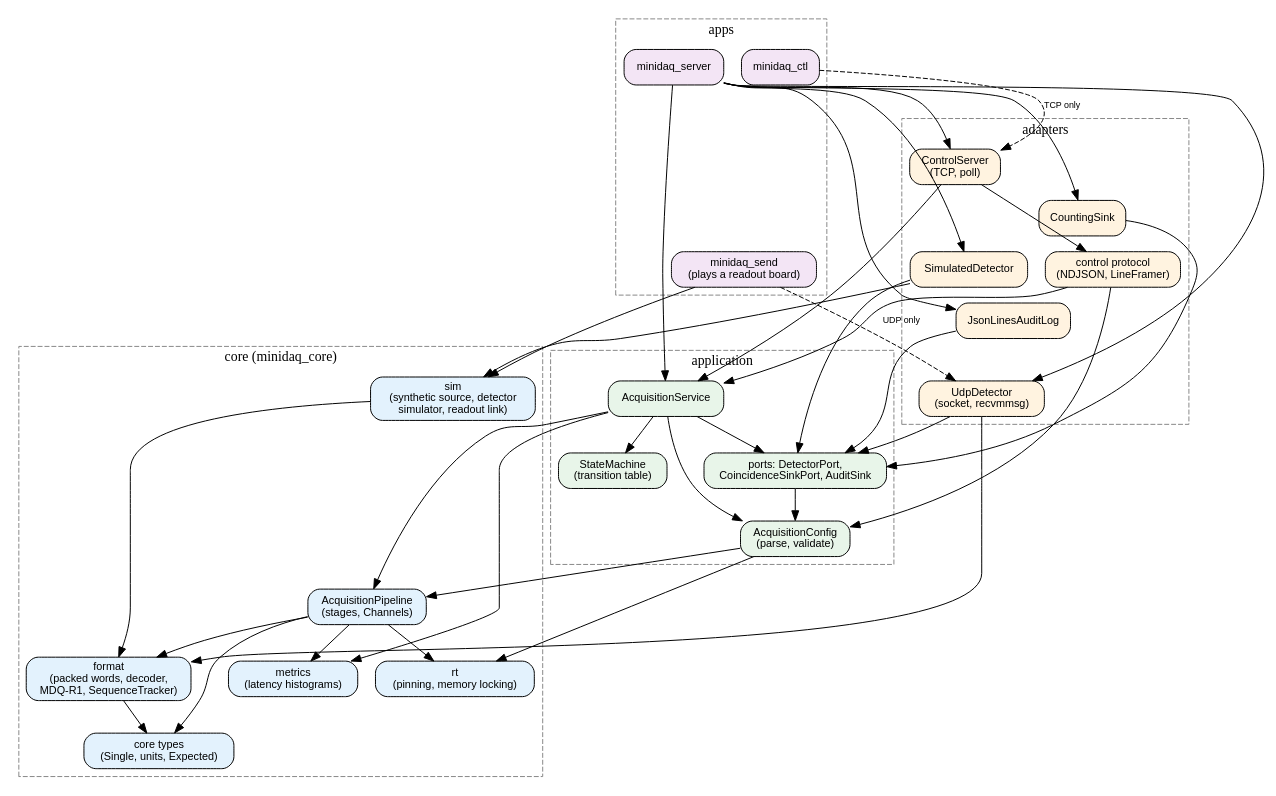
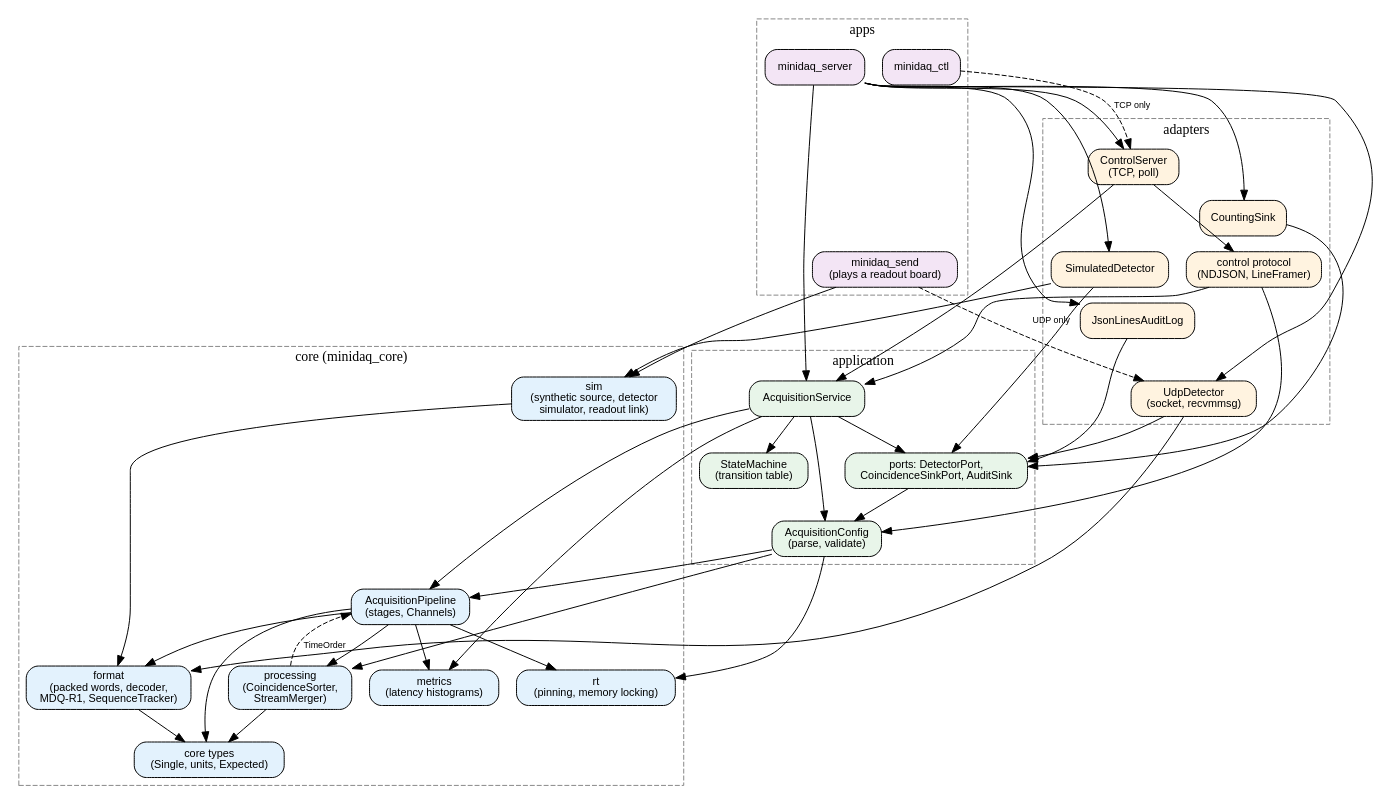
The diagram in docs/architecture/components.dot (OussamaSegh/detector-to-diagnosis), drawn with Graphviz before and after one commit. The commit also changed 10 other files, not shown here.

First line of the commit message:
Chapter 10 text, solutions, ADR 0010 and architecture update

```diff
--- a/docs/architecture/components.dot
+++ b/docs/architecture/components.dot
@@ -1,79 +1,84 @@
-// MiniDAQ components and their dependencies (Chapter 6, updated in Chapter 9). An edge A -> B means
+// MiniDAQ components and their dependencies (Chapter 6, updated in Chapters 9 and 10). An edge A -> B means
 // "A uses B" (A includes B's header). Each node's class is its layer from
 // layers.json; the arrows must only point to layers a node may depend on.
 digraph components {
   rankdir=TB;
   ranksep=0.45; nodesep=0.25;
   newrank=true;
   node [shape=box, style="rounded,filled", fontname="Helvetica", fontsize=11];
   edge [fontname="Helvetica", fontsize=9];
 
   subgraph cluster_apps {
     label="apps"; style=dashed; color="#888888";
     minidaq_server [class="app", fillcolor="#f3e5f5", label="minidaq_server"];
     minidaq_ctl [class="app", fillcolor="#f3e5f5", label="minidaq_ctl"];
     minidaq_send [class="app", fillcolor="#f3e5f5", label="minidaq_send\n(plays a readout board)"];
   }
   subgraph cluster_adapters {
     label="adapters"; style=dashed; color="#888888";
     control_server [class="adapters", fillcolor="#fff3e0", label="ControlServer\n(TCP, poll)"];
     control_protocol [class="adapters", fillcolor="#fff3e0", label="control protocol\n(NDJSON, LineFramer)"];
     simulated_detector [class="adapters", fillcolor="#fff3e0", label="SimulatedDetector"];
     udp_detector [class="adapters", fillcolor="#fff3e0", label="UdpDetector\n(socket, recvmmsg)"];
     counting_sink [class="adapters", fillcolor="#fff3e0", label="CountingSink"];
     audit_log [class="adapters", fillcolor="#fff3e0", label="JsonLinesAuditLog"];
   }
   subgraph cluster_application {
     label="application"; style=dashed; color="#888888";
     acquisition_service [class="application", fillcolor="#e8f5e9", label="AcquisitionService"];
     state_machine [class="application", fillcolor="#e8f5e9", label="StateMachine\n(transition table)"];
     config [class="application", fillcolor="#e8f5e9", label="AcquisitionConfig\n(parse, validate)"];
     ports [class="application", fillcolor="#e8f5e9", label="ports: DetectorPort,\nCoincidenceSinkPort, AuditSink"];
   }
   subgraph cluster_core {
     label="core (minidaq_core)"; style=dashed; color="#888888";
     pipeline [class="core", fillcolor="#e3f2fd", label="AcquisitionPipeline\n(stages, Channels)"];
     format [class="core", fillcolor="#e3f2fd", label="format\n(packed words, decoder,\nMDQ-R1, SequenceTracker)"];
+    processing [class="core", fillcolor="#e3f2fd", label="processing\n(CoincidenceSorter,\nStreamMerger)"];
     metrics [class="core", fillcolor="#e3f2fd", label="metrics\n(latency histograms)"];
     rt [class="core", fillcolor="#e3f2fd", label="rt\n(pinning, memory locking)"];
     sim [class="core", fillcolor="#e3f2fd", label="sim\n(synthetic source, detector\nsimulator, readout link)"];
     types [class="core", fillcolor="#e3f2fd", label="core types\n(Single, units, Expected)"];
   }
 
   minidaq_server -> control_server;
   minidaq_server -> acquisition_service;
   minidaq_server -> simulated_detector;
   minidaq_server -> counting_sink;
   minidaq_server -> audit_log;
   minidaq_ctl -> control_server [style=dashed, label="TCP only"];
   minidaq_server -> udp_detector;
   minidaq_send -> sim;
   minidaq_send -> udp_detector [style=dashed, label="UDP only"];
 
   control_server -> control_protocol;
   control_server -> acquisition_service;
   control_protocol -> acquisition_service;
   control_protocol -> config;
   simulated_detector -> ports;
   simulated_detector -> sim;
   udp_detector -> ports;
   udp_detector -> format;
   counting_sink -> ports;
   audit_log -> ports;
 
   acquisition_service -> state_machine;
   acquisition_service -> config;
   acquisition_service -> ports;
   acquisition_service -> pipeline;
   acquisition_service -> metrics;
   config -> pipeline;
   config -> rt;
   ports -> config;
 
+  pipeline -> processing;
+  config -> processing;
+  processing -> pipeline [style=dashed, label="TimeOrder"];
+  processing -> types;
   pipeline -> format;
   pipeline -> metrics;
   pipeline -> rt;
   pipeline -> types;
   format -> types;
   sim -> format;
 }
```
